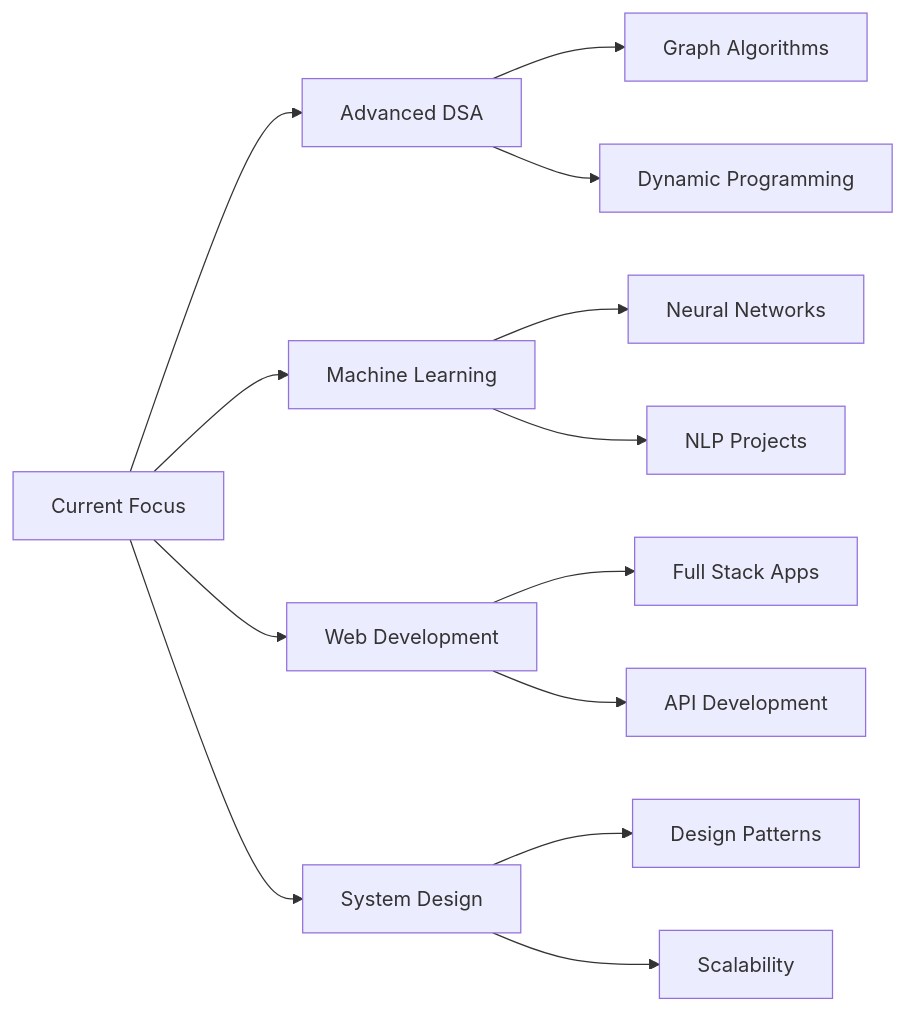
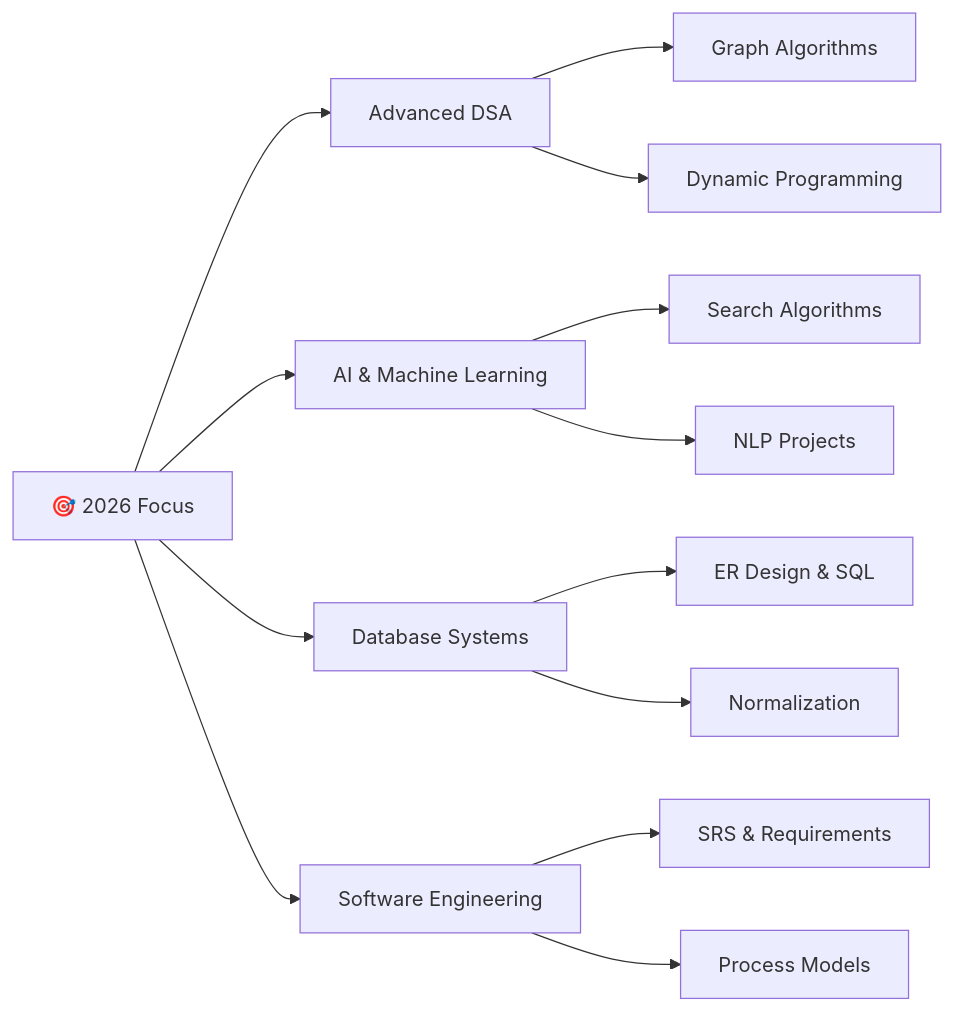
The diagram in README.md (kosar-mahboob/kosar-mahboob), drawn with Mermaid before and after one commit. The commit also changed other lines of this file, not shown here.

````diff
--- a/README.md
+++ b/README.md
@@ -274,19 +239,19 @@
 ```mermaid
 graph LR
-    A[Current Focus] --> B[Advanced DSA]
-    A --> C[Machine Learning]
-    A --> D[Web Development]
-    A --> E[System Design]
-    
+    A[🎯 2026 Focus] --> B[Advanced DSA]
+    A --> C[AI & Machine Learning]
+    A --> D[Database Systems]
+    A --> E[Software Engineering]
+
     B --> B1[Graph Algorithms]
     B --> B2[Dynamic Programming]
-    
-    C --> C1[Neural Networks]
+
+    C --> C1[Search Algorithms]
     C --> C2[NLP Projects]
-    
-    D --> D1[Full Stack Apps]
-    D --> D2[API Development]
-    
-    E --> E1[Design Patterns]
-    E --> E2[Scalability]
+
+    D --> D1[ER Design & SQL]
+    D --> D2[Normalization]
+
+    E --> E1[SRS & Requirements]
+    E --> E2[Process Models]
 ```
````
